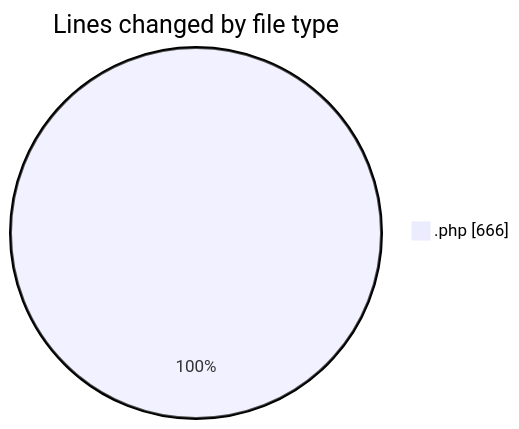
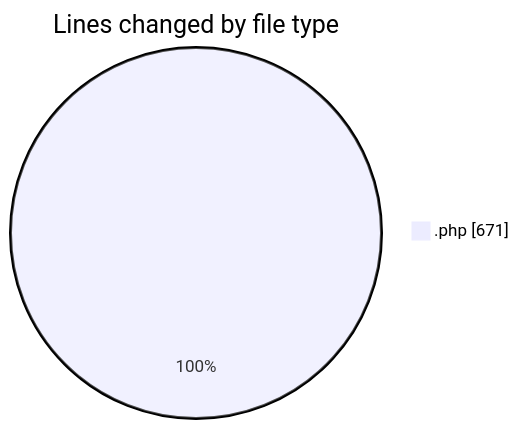
One commit to LanceThiago/code-tracking changed the first of 2 diagrams in 2025-10-03/totem2/README.md. Above: the diagram before and after it, drawn with Mermaid. The commit also changed other lines of this file and 1 other file, not shown here.

````diff
--- a/2025-10-03/totem2/README.md
+++ b/2025-10-03/totem2/README.md
@@ -21,5 +21,5 @@
 ```mermaid
 pie showData
 title Lines changed by file type
-".php" : 666
+".php" : 671
 ```
````
